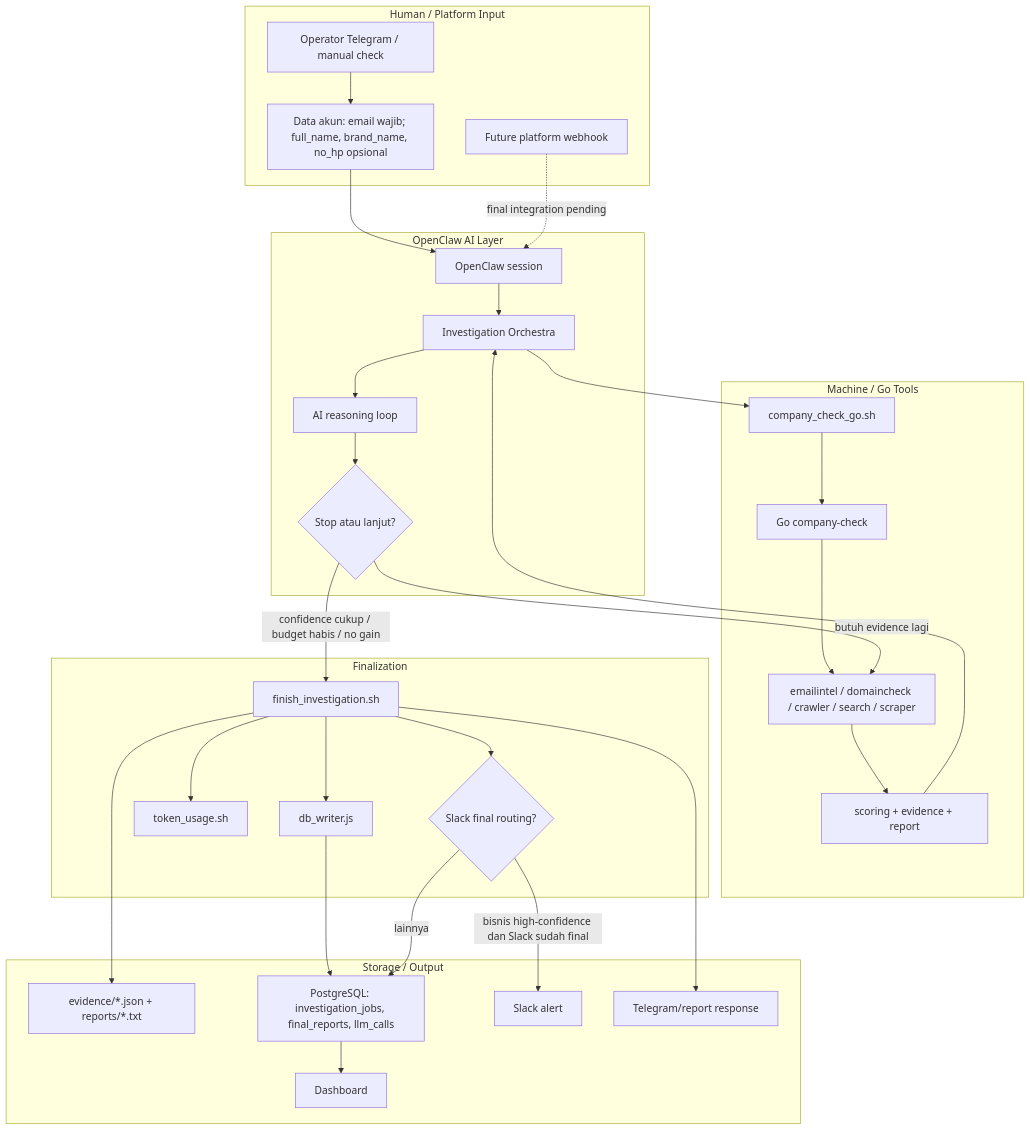
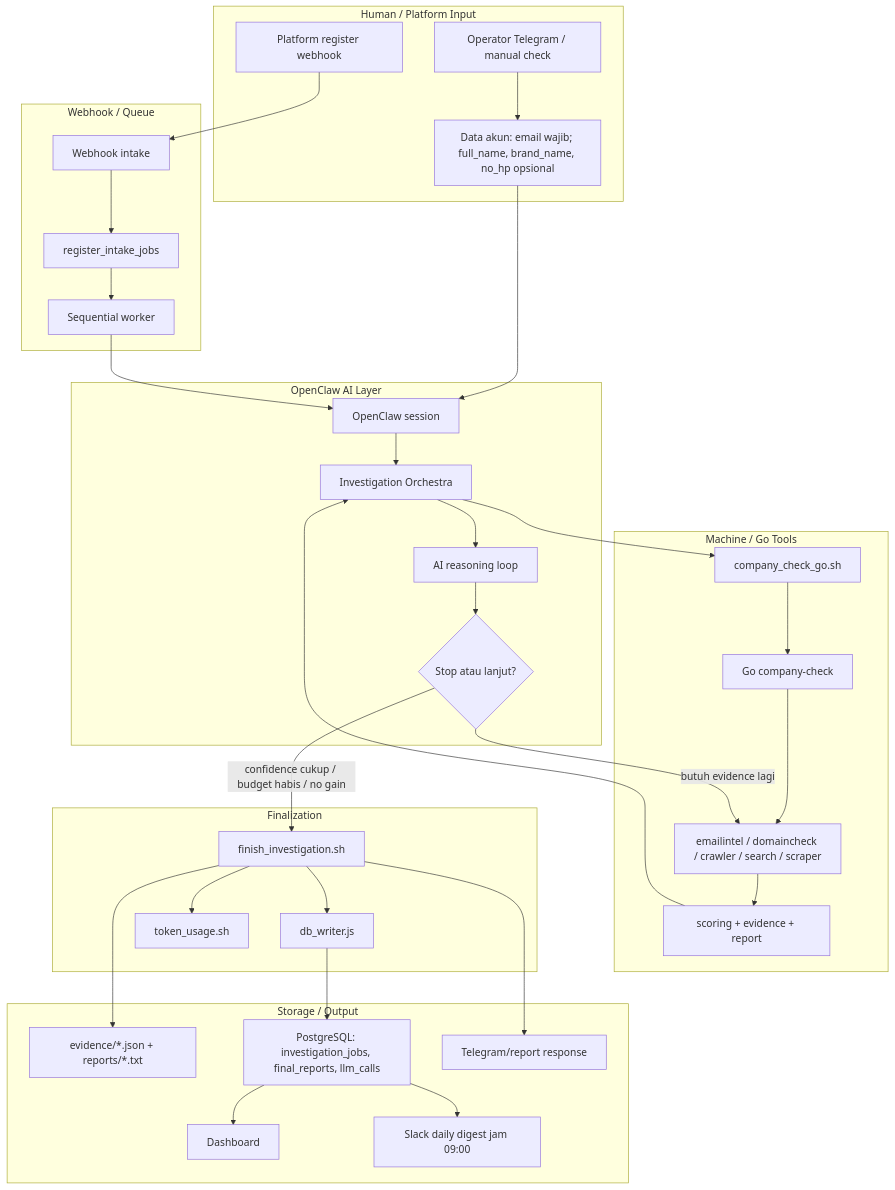
One commit to nunutech40/company-detector-bot changed the second of 8 diagrams in docs/technical/FLOW_MAP.md. Above: the diagram before and after it, drawn with Mermaid. The commit also changed other lines of this file and 5 other files, not shown here.

Commit message:
plan webhook queue slack digest

````diff
--- a/docs/technical/FLOW_MAP.md
+++ b/docs/technical/FLOW_MAP.md
@@ -136,51 +170,54 @@
 ```mermaid
 flowchart TB
   subgraph human["Human / Platform Input"]
     H1["Operator Telegram / manual check"]
-    H2["Future platform webhook"]
+    H2["Platform register webhook"]
     H3["Data akun: email wajib; full_name, brand_name, no_hp opsional"]
+  end
+
+  subgraph intake["Webhook / Queue"]
+    Q1["Webhook intake"]
+    Q2["register_intake_jobs"]
+    Q3["Sequential worker"]
   end
 
   subgraph openclaw["OpenClaw AI Layer"]
     O1["OpenClaw session"]
     O2["Investigation Orchestra"]
     O3["AI reasoning loop"]
     O4{"Stop atau lanjut?"}
   end
 
   subgraph machine["Machine / Go Tools"]
     G1["company_check_go.sh"]
     G2["Go company-check"]
     G3["emailintel / domaincheck / crawler / search / scraper"]
     G4["scoring + evidence + report"]
   end
 
   subgraph finalization["Finalization"]
     F1["finish_investigation.sh"]
     F2["db_writer.js"]
     F3["token_usage.sh"]
-    F4{"Slack final routing?"}
   end
 
   subgraph output["Storage / Output"]
     S1["evidence/*.json + reports/*.txt"]
     S2["PostgreSQL: investigation_jobs, final_reports, llm_calls"]
     S3["Dashboard"]
-    S4["Slack alert"]
+    S4["Slack daily digest jam 09:00"]
     S5["Telegram/report response"]
   end
 
   H1 --> H3 --> O1
-  H2 -. "final integration pending" .-> O1
+  H2 --> Q1 --> Q2 --> Q3 --> O1
   O1 --> O2 --> G1 --> G2 --> G3 --> G4 --> O2
   O2 --> O3 --> O4
   O4 -- "butuh evidence lagi" --> G3
   O4 -- "confidence cukup / budget habis / no gain" --> F1
   F1 --> S1
   F1 --> F2 --> S2 --> S3
   F1 --> F3
-  F1 --> F4
-  F4 -- "bisnis high-confidence dan Slack sudah final" --> S4
-  F4 -- "lainnya" --> S2
   F1 --> S5
+  S2 --> S4
 ```
````
